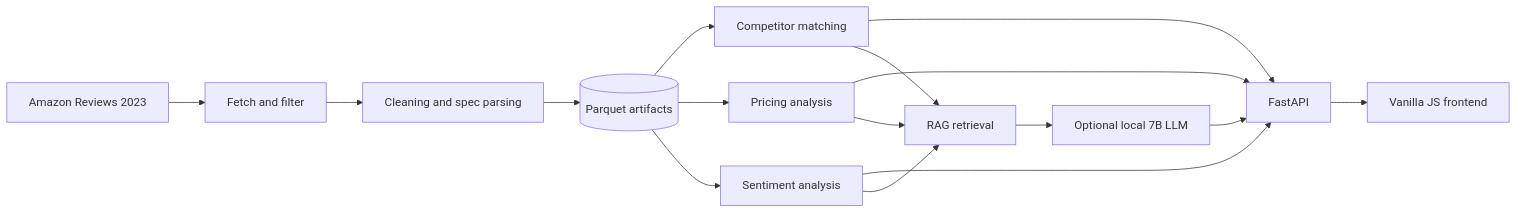
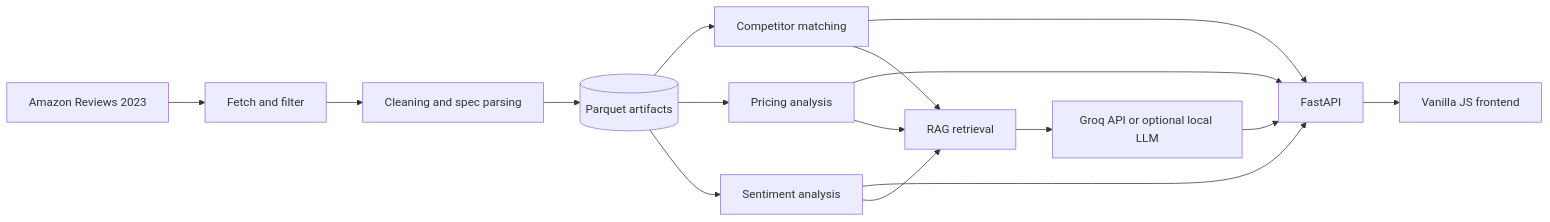
The diagram in README.md (anmol1722/laptop-competitor-intelligence), drawn with Mermaid before and after one commit. The commit also changed other lines of this file and 15 other files, not shown here.

````diff
--- a/README.md
+++ b/README.md
@@ -33,18 +33,18 @@
 ```mermaid
 flowchart LR
     A[Amazon Reviews 2023] --> B[Fetch and filter]
     B --> C[Cleaning and spec parsing]
     C --> D[(Parquet artifacts)]
     D --> E[Competitor matching]
     D --> F[Pricing analysis]
     D --> G[Sentiment analysis]
     E --> H[FastAPI]
     F --> H
     G --> H
     E --> I[RAG retrieval]
     F --> I
     G --> I
-    I --> J[Optional local 7B LLM]
+    I --> J[Groq API or optional local LLM]
     J --> H
     H --> K[Vanilla JS frontend]
 ```
````
